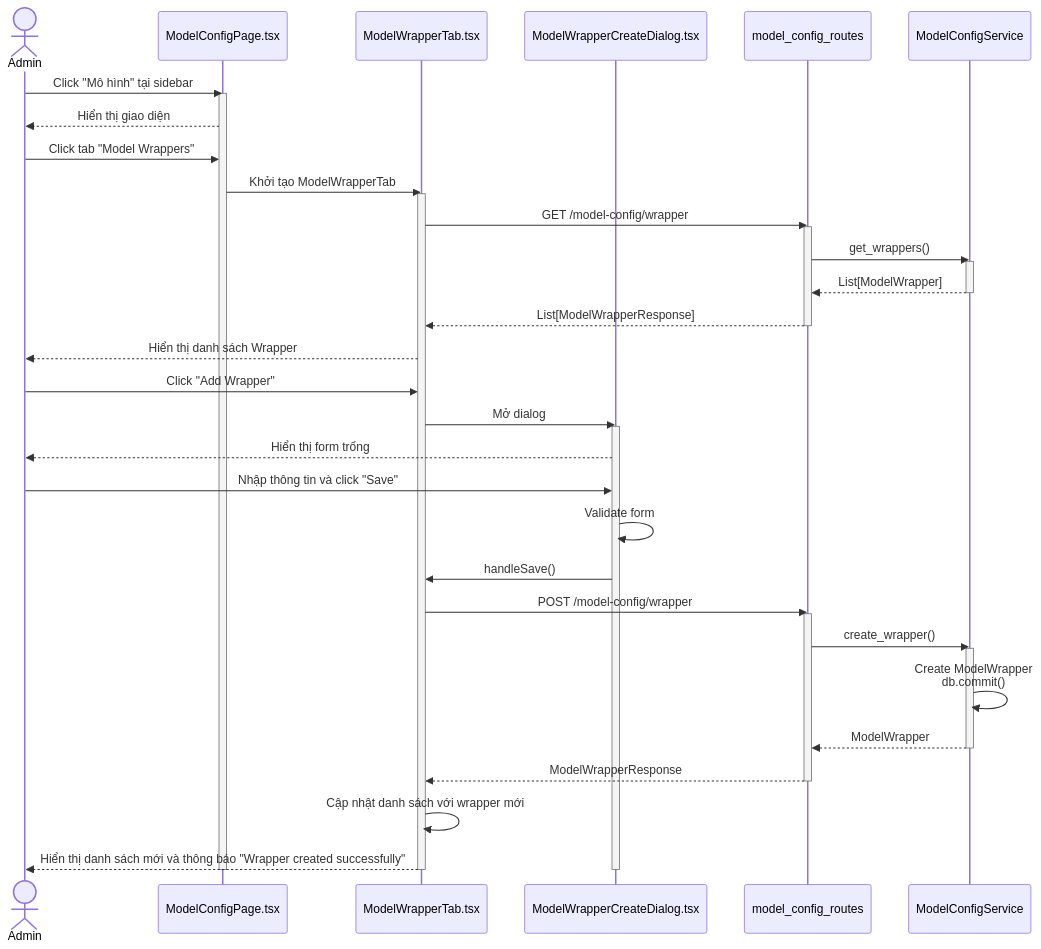
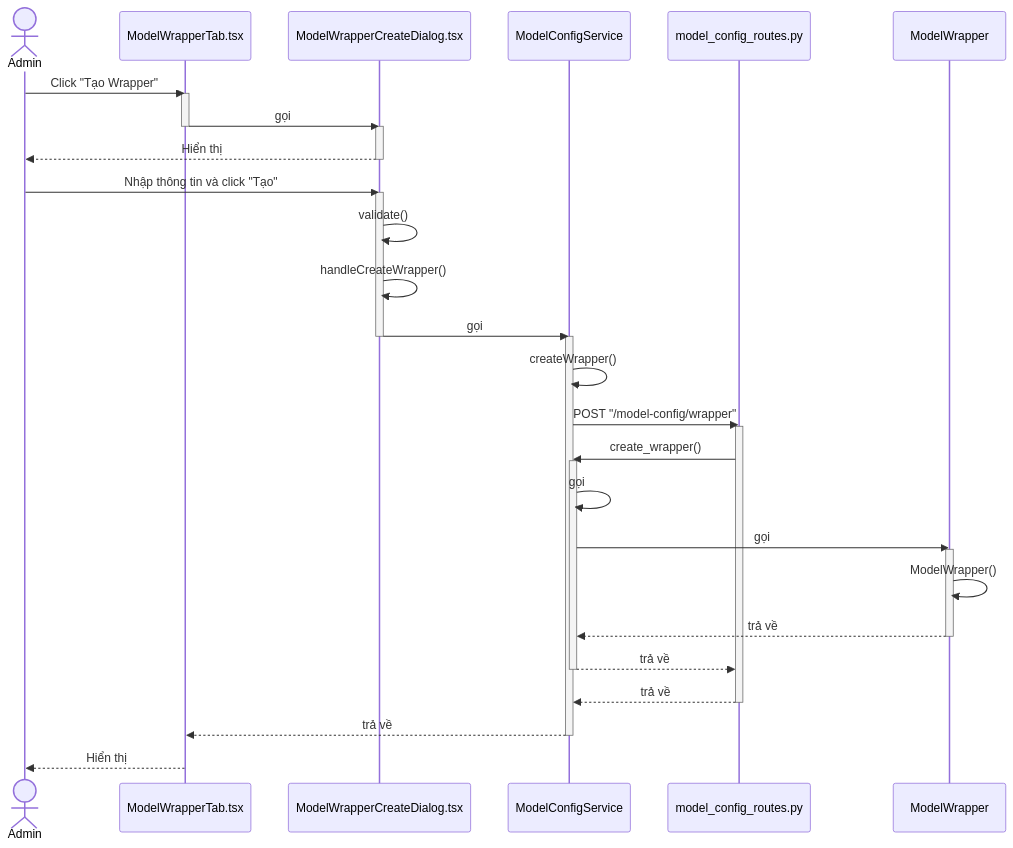
One commit to mduc-2610/gp_doc changed the seventh of 9 diagrams in model_config/4_model_config_seq.md. Above: the diagram before and after it, drawn with Mermaid. The commit also changed other lines of this file and 34 other files, not shown here.

````diff
--- a/model_config/4_model_config_seq.md
+++ b/model_config/4_model_config_seq.md
@@ -430,56 +410,54 @@
 ```mermaid
 sequenceDiagram
     actor Admin
-    participant ModelConfigPage as ModelConfigPage.tsx
     participant ModelWrapperTab as ModelWrapperTab.tsx
     participant ModelWrapperCreateDialog as ModelWrapperCreateDialog.tsx
-    participant ModelConfigRoutes as model_config_routes
     participant ModelConfigService as ModelConfigService
+    participant ModelConfigRoutes as model_config_routes.py
+    participant ModelConfigService as ModelConfigService
+    participant ModelWrapper as ModelWrapper
 
-    Admin->>ModelConfigPage: Click "Mô hình" tại sidebar
-    activate ModelConfigPage
-    ModelConfigPage-->>Admin: Hiển thị giao diện
-    
-    Admin->>ModelConfigPage: Click tab "Model Wrappers"
-    ModelConfigPage->>ModelWrapperTab: Khởi tạo ModelWrapperTab
+    Admin->>ModelWrapperTab: Click "Tạo Wrapper"
     activate ModelWrapperTab
     
-    ModelWrapperTab->>ModelConfigRoutes: GET /model-config/wrapper
+    ModelWrapperTab->>ModelWrapperCreateDialog: gọi
+    deactivate ModelWrapperTab
+    activate ModelWrapperCreateDialog
+    ModelWrapperCreateDialog-->>Admin: Hiển thị
+    deactivate ModelWrapperCreateDialog
+    
+    Admin->>ModelWrapperCreateDialog: Nhập thông tin và click "Tạo"
+    activate ModelWrapperCreateDialog
+    
+    ModelWrapperCreateDialog->>ModelWrapperCreateDialog: validate()
+    ModelWrapperCreateDialog->>ModelWrapperCreateDialog: handleCreateWrapper()
+    ModelWrapperCreateDialog->>ModelConfigService: gọi
+    deactivate ModelWrapperCreateDialog
+    activate ModelConfigService
+    
+    ModelConfigService->>ModelConfigService: createWrapper()
+    ModelConfigService->>ModelConfigRoutes: POST "/model-config/wrapper"
     activate ModelConfigRoutes
-    ModelConfigRoutes->>ModelConfigService: get_wrappers()
-    activate ModelConfigService
-    ModelConfigService-->>ModelConfigRoutes: List[ModelWrapper]
-    deactivate ModelConfigService
-    ModelConfigRoutes-->>ModelWrapperTab: List[ModelWrapperResponse]
-    deactivate ModelConfigRoutes
     
-    ModelWrapperTab-->>Admin: Hiển thị danh sách Wrapper
-    
-    Admin->>ModelWrapperTab: Click "Add Wrapper"
-    ModelWrapperTab->>ModelWrapperCreateDialog: Mở dialog
-    activate ModelWrapperCreateDialog
-    ModelWrapperCreateDialog-->>Admin: Hiển thị form trống
-    
-    Admin->>ModelWrapperCreateDialog: Nhập thông tin và click "Save"
-    ModelWrapperCreateDialog->>ModelWrapperCreateDialog: Validate form
-    ModelWrapperCreateDialog->>ModelWrapperTab: handleSave()
-    
-    ModelWrapperTab->>ModelConfigRoutes: POST /model-config/wrapper
-    activate ModelConfigRoutes
     ModelConfigRoutes->>ModelConfigService: create_wrapper()
     activate ModelConfigService
     
-    ModelConfigService->>ModelConfigService: Create ModelWrapper<br/>db.commit()
+    ModelConfigService->>ModelConfigService: gọi
+    ModelConfigService->>ModelWrapper: gọi
+    activate ModelWrapper
     
-    ModelConfigService-->>ModelConfigRoutes: ModelWrapper
+    ModelWrapper->>ModelWrapper: ModelWrapper()
+    ModelWrapper-->>ModelConfigService: trả về
+    deactivate ModelWrapper
+    
+    ModelConfigService-->>ModelConfigRoutes: trả về
     deactivate ModelConfigService
-    ModelConfigRoutes-->>ModelWrapperTab: ModelWrapperResponse
+    
+    ModelConfigRoutes-->>ModelConfigService: trả về
     deactivate ModelConfigRoutes
     
-    ModelWrapperTab->>ModelWrapperTab: Cập nhật danh sách với wrapper mới
-    ModelWrapperTab-->>Admin: Hiển thị danh sách mới và thông báo "Wrapper created successfully"
+    ModelConfigService-->>ModelWrapperTab: trả về
+    deactivate ModelConfigService
     
-    deactivate ModelWrapperCreateDialog
-    deactivate ModelWrapperTab
-    deactivate ModelConfigPage
+    ModelWrapperTab-->>Admin: Hiển thị
 ```
````
